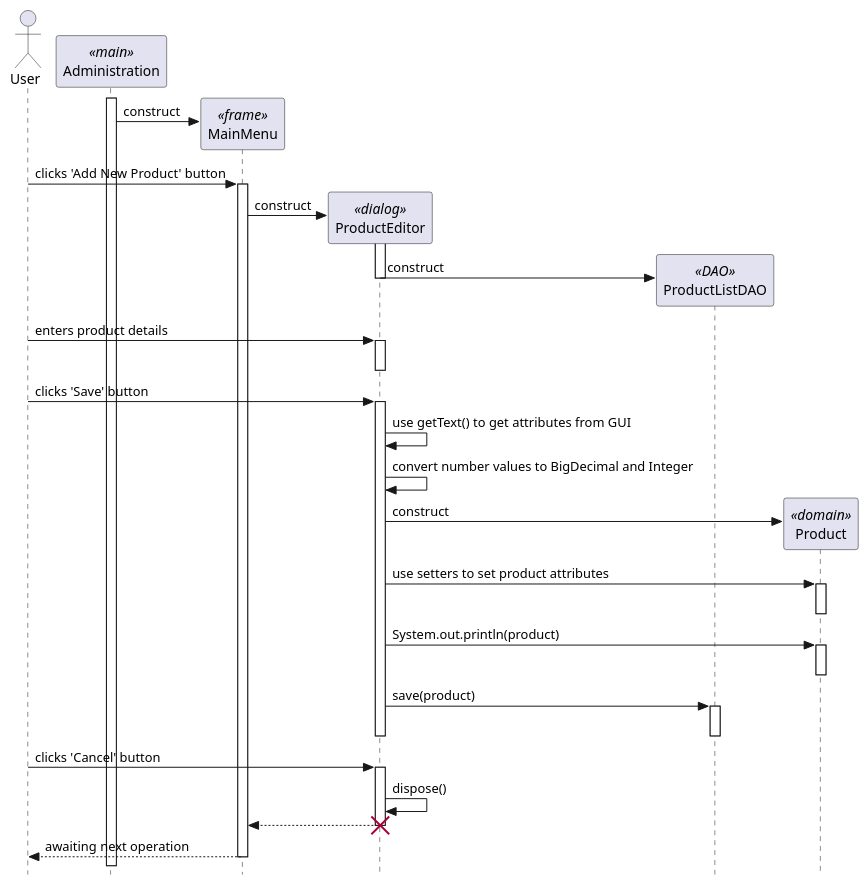
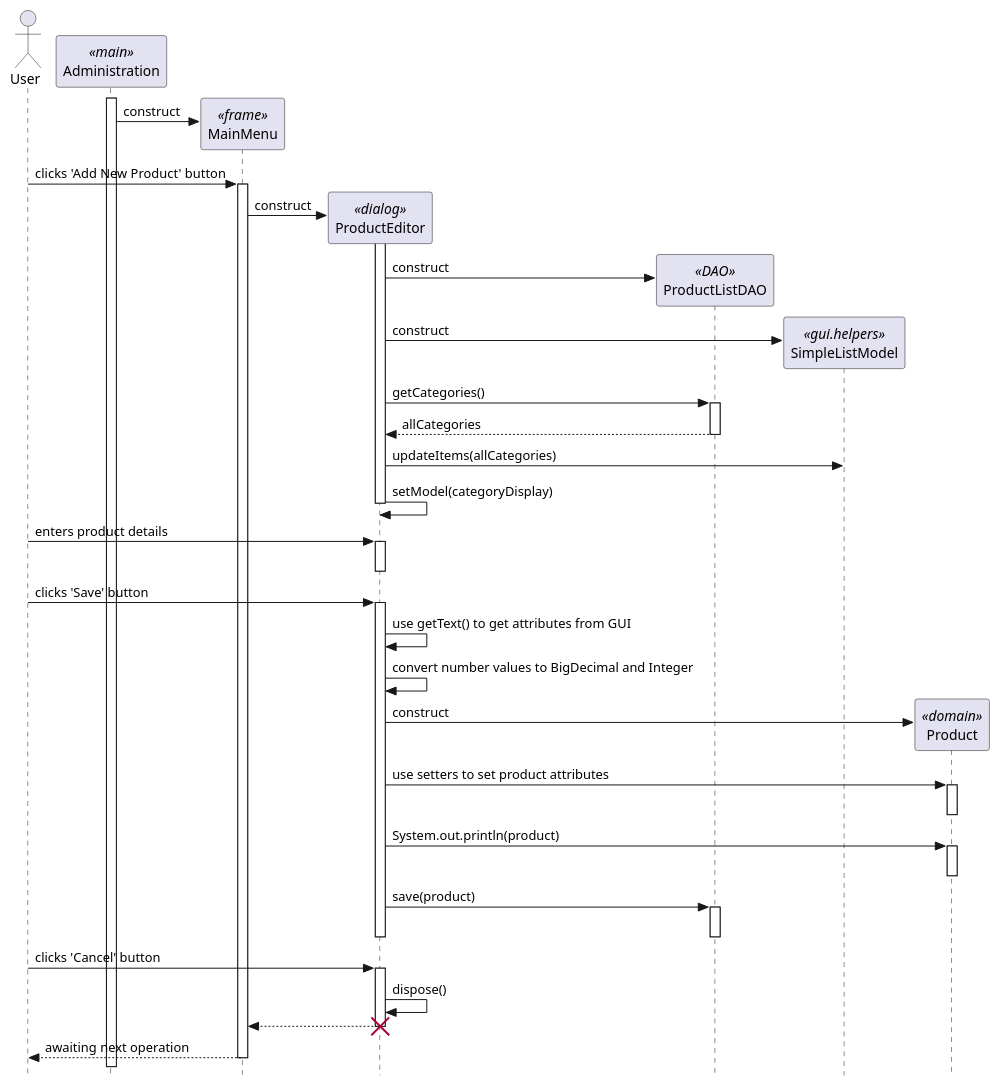
Before and after one commit to nikolahmcwin/shoppingSystem-info202: the diagram in addNewProduct.puml, drawn with PlantUML. The commit also changed 6 other files, not shown here.

Commit message:
Added comboBox parts to sequence diagram 1. References #6

```diff
--- a/addNewProduct.puml
+++ b/addNewProduct.puml
@@ -1,65 +1,76 @@
 @startuml
 
 ' use strict UML mode
 skinparam style strictuml
 
 ' create actor user
 actor "User" as user
 
 ' create main adminstration 
 participant "Administration" as main <<main>>
 main++
 
 ' create main menu frame
 create "MainMenu" as menu <<frame>>
 main -> menu : construct
 
 user -> menu++ : clicks 'Add New Product' button
 
 ' create product editor dialog
 create "ProductEditor" as editor <<dialog>>
 menu -> editor : construct
 
 editor++
 
 ' create a DAO
 create "ProductListDAO" as dao <<DAO>>
 editor -> dao : construct 
+
+' create the simple model list
+create "SimpleListModel" as modellist <<gui.helpers>>
+editor -> modellist : construct
+
+editor -> dao++ : getCategories() 
+dao --> editor : allCategories
+dao--
+
+editor -> modellist : updateItems(allCategories)
+editor -> editor : setModel(categoryDisplay)
 
 editor--
 
 ' user enters product details and clicks the save product button
 user -> editor++ : enters product details
 editor--
 
 user -> editor++ : clicks 'Save' button
 
 ' self interactions to pull text and run conversions
 editor -> editor : use getText() to get attributes from GUI
 editor -> editor : convert number values to BigDecimal and Integer
 
 ' create a Product
 create "Product" as product <<domain>>
 editor -> product : construct
 
 editor -> product++ : use setters to set product attributes
 product-- 
 
 editor -> product++ : System.out.println(product)
 product--
 
 editor -> dao++ : save(product)
 dao--
 editor--
 
 ' dispose dialog
 user -> editor++ : clicks 'Cancel' button
 editor -> editor : dispose()
 
 ' show control returning to menu as editor closes
 editor --> menu 
 destroy editor
 
 menu --> user-- : awaiting next operation
 
 @enduml
```
